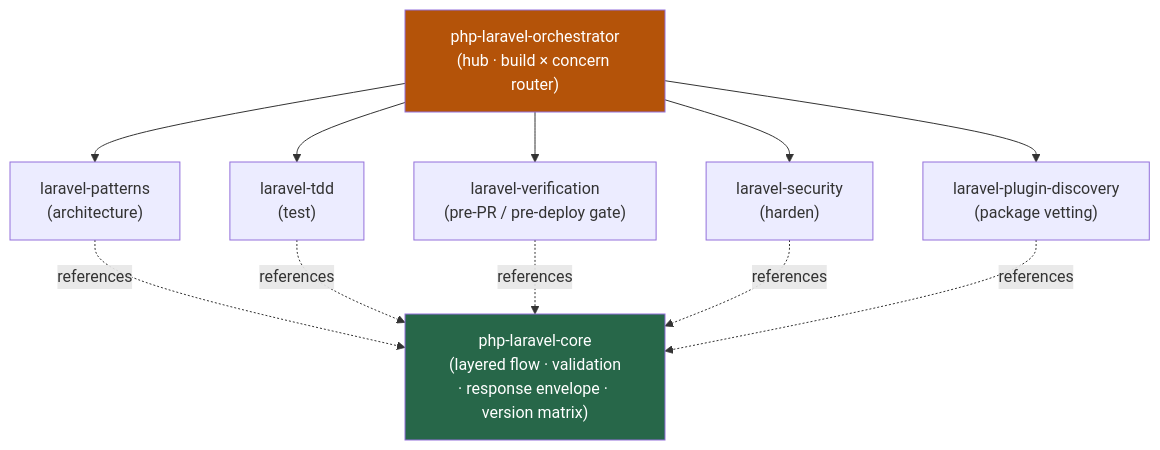
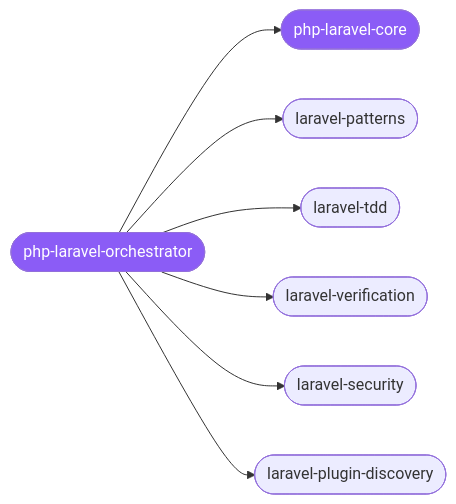
One commit to Sheshiyer/skill-clusters changed the diagram in clusters/php-laravel/README.md. Above: the diagram before and after it, drawn with Mermaid. The commit also changed other lines of this file and 44 other files, not shown here.

````diff
--- a/clusters/php-laravel/README.md
+++ b/clusters/php-laravel/README.md
@@ -31,17 +18,10 @@
 ```mermaid
-graph TD
-    O["php-laravel-orchestrator<br/>(hub · build × concern router)"]
-    O --> P["laravel-patterns<br/>(architecture)"]
-    O --> T["laravel-tdd<br/>(test)"]
-    O --> V["laravel-verification<br/>(pre-PR / pre-deploy gate)"]
-    O --> S["laravel-security<br/>(harden)"]
-    O --> D["laravel-plugin-discovery<br/>(package vetting)"]
-    P -. references .-> C["php-laravel-core<br/>(layered flow · validation<br/>· response envelope · version matrix)"]
-    T -. references .-> C
-    V -. references .-> C
-    S -. references .-> C
-    D -. references .-> C
-
-    style O fill:#b45309,color:#fff
-    style C fill:#276749,color:#fff
+graph LR
+  o([php-laravel-orchestrator]):::hub --> c([php-laravel-core]):::hub
+  o --> s1([laravel-patterns])
+  o --> s2([laravel-tdd])
+  o --> s3([laravel-verification])
+  o --> s4([laravel-security])
+  o --> s5([laravel-plugin-discovery])
+  classDef hub fill:#8b5cf6,color:#fff;
 ```
````
